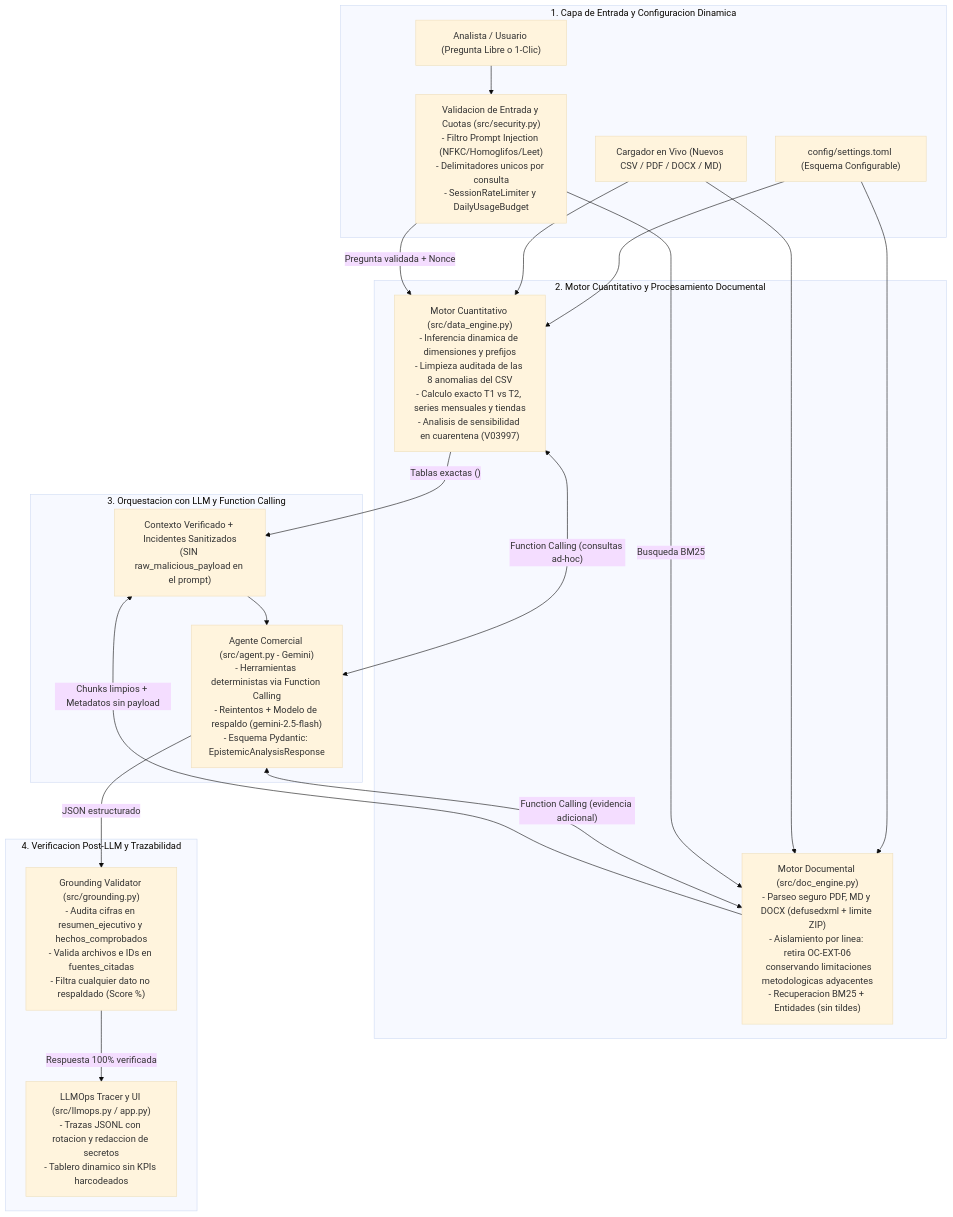
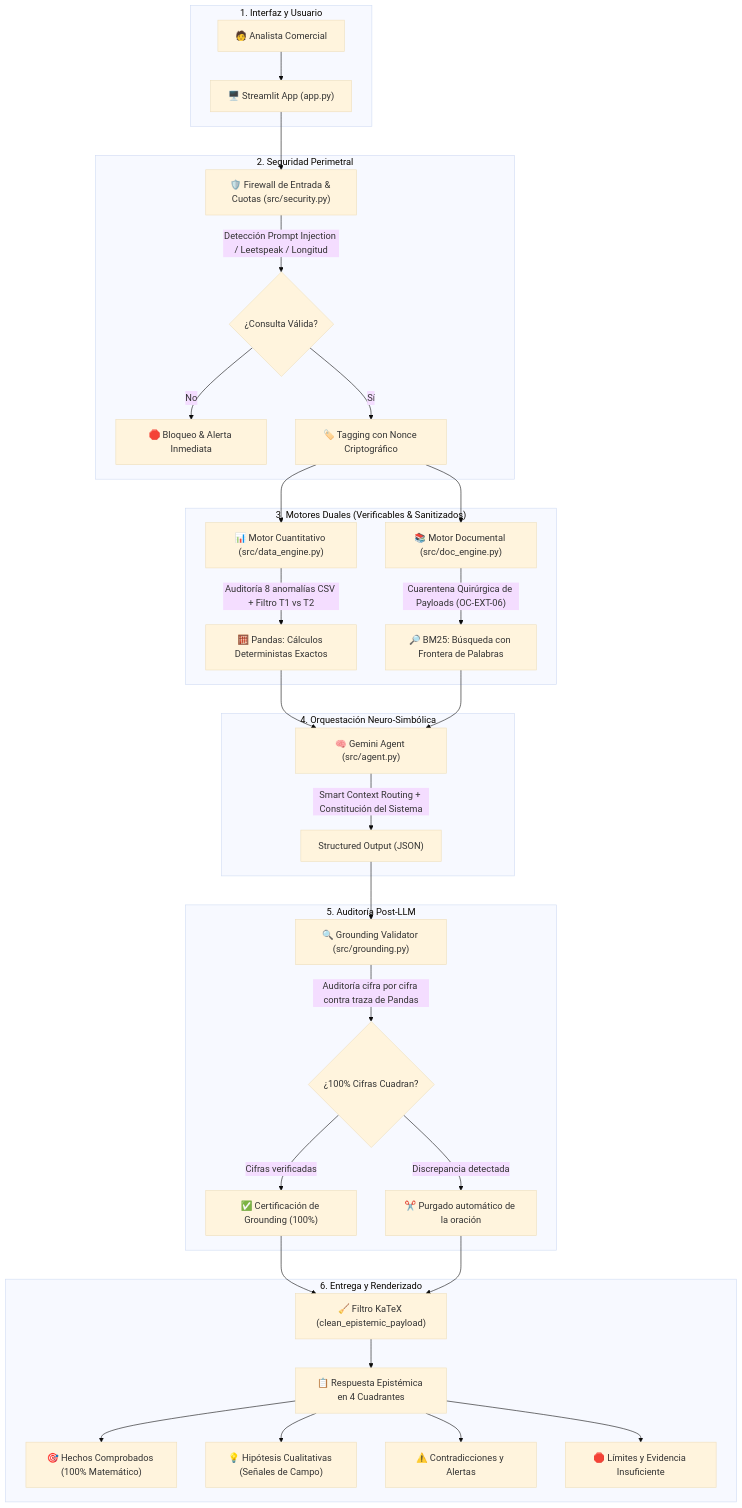
Before and after one commit to jairrodriguezm/almena-brio-ai: the first of 2 diagrams in README.md, drawn with Mermaid (base theme). The commit also changed other lines of this file, not shown here.

Commit message:
fix: update test badge to reflect 24/24 passing tests and enhance reliability section with additional test count

````diff
--- a/README.md
+++ b/README.md
@@ -70,39 +70,44 @@
 ```mermaid
 flowchart TD
-    subgraph IN["1. Capa de Entrada y Configuracion Dinamica"]
-        U["Analista / Usuario (Pregunta Libre o 1-Clic)"]
-        CFG["config/settings.toml (Esquema Configurable)"]
-        UP["Cargador en Vivo (Nuevos CSV / PDF / DOCX / MD)"]
-        SEC_IN["Validacion de Entrada y Cuotas (src/security.py)<br/>- Filtro Prompt Injection (NFKC/Homoglifos/Leet)<br/>- Delimitadores unicos por consulta<br/>- SessionRateLimiter y DailyUsageBudget"]
+    subgraph UI ["1. Interfaz y Usuario"]
+        A["🧑 Analista Comercial"] --> B["🖥️ Streamlit App (app.py)"]
     end
 
-    subgraph ENGINES["2. Motor Cuantitativo y Procesamiento Documental"]
-        DATA["Motor Cuantitativo (src/data_engine.py)<br/>- Inferencia dinamica de dimensiones y prefijos<br/>- Limpieza auditada de las 8 anomalias del CSV<br/>- Calculo exacto T1 vs T2, series mensuales y tiendas<br/>- Analisis de sensibilidad en cuarentena (V03997)"]
-        DOC["Motor Documental (src/doc_engine.py)<br/>- Parseo seguro PDF, MD y DOCX (defusedxml + limite ZIP)<br/>- Aislamiento por linea: retira OC-EXT-06<br/>  conservando limitaciones metodologicas adyacentes<br/>- Recuperacion BM25 + Entidades (sin tildes)"]
+    subgraph SEC ["2. Seguridad Perimetral"]
+        B --> C["🛡️ Firewall de Entrada & Cuotas (src/security.py)"]
+        C -- "Detección Prompt Injection / Leetspeak / Longitud" --> D{"¿Consulta Válida?"}
+        D -- No --> E["🛑 Bloqueo & Alerta Inmediata"]
+        D -- Sí --> F["🏷️ Tagging con Nonce Criptográfico"]
     end
 
-    subgraph AGENT["3. Orquestacion con LLM y Function Calling"]
-        CTX["Contexto Verificado + Incidentes Sanitizados<br/>(SIN raw_malicious_payload en el prompt)"]
-        LLM["Agente Comercial (src/agent.py - Gemini)<br/>- Herramientas deterministas via Function Calling<br/>- Reintentos + Modelo de respaldo (gemini-2.5-flash)<br/>- Esquema Pydantic: EpistemicAnalysisResponse"]
+    subgraph ENGINES ["3. Motores Duales (Verificables & Sanitizados)"]
+        F --> G["📊 Motor Cuantitativo (src/data_engine.py)"]
+        F --> H["📚 Motor Documental (src/doc_engine.py)"]
+        
+        G -- "Auditoría 8 anomalías CSV + Filtro T1 vs T2" --> G1["🧮 Pandas: Cálculos Deterministas Exactos"]
+        H -- "Cuarentena Quirúrgica de Payloads (OC-EXT-06)" --> H1["🔎 BM25: Búsqueda con Frontera de Palabras"]
     end
 
-    subgraph VERIFY["4. Verificacion Post-LLM y Trazabilidad"]
-        GRD["Grounding Validator (src/grounding.py)<br/>- Audita cifras en resumen_ejecutivo y hechos_comprobados<br/>- Valida archivos e IDs en fuentes_citadas<br/>- Filtra cualquier dato no respaldado (Score %)"]
-        OPS["LLMOps Tracer y UI (src/llmops.py / app.py)<br/>- Trazas JSONL con rotacion y redaccion de secretos<br/>- Tablero dinamico sin KPIs harcodeados"]
+    subgraph LLM ["4. Orquestación Neuro-Simbólica"]
+        G1 --> I["🧠 Gemini Agent (src/agent.py)"]
+        H1 --> I
+        I -- "Smart Context Routing + Constitución del Sistema" --> J["Structured Output (JSON)"]
     end
 
-    U --> SEC_IN
-    CFG --> DATA
-    CFG --> DOC
-    UP --> DATA
-    UP --> DOC
-    SEC_IN -->|"Pregunta validada + Nonce"| DATA
-    SEC_IN -->|"Busqueda BM25"| DOC
-    DATA -->|"Tablas exactas (<verified_sql_engine>)"| CTX
-    DOC -->|"Chunks limpios + Metadatos sin payload"| CTX
-    CTX --> LLM
-    LLM <-->|"Function Calling (consultas ad-hoc)"| DATA
-    LLM <-->|"Function Calling (evidencia adicional)"| DOC
-    LLM -->|"JSON estructurado"| GRD
-    GRD -->|"Respuesta 100% verificada"| OPS
+    subgraph VERIFIER ["5. Auditoría Post-LLM"]
+        J --> K["🔍 Grounding Validator (src/grounding.py)"]
+        K -- "Auditoría cifra por cifra contra traza de Pandas" --> L{"¿100% Cifras Cuadran?"}
+        L -- "Discrepancia detectada" --> M["✂️ Purgado automático de la oración"]
+        L -- "Cifras verificadas" --> N["✅ Certificación de Grounding (100%)"]
+    end
+
+    subgraph OUTPUT ["6. Entrega y Renderizado"]
+        N --> O["🧹 Filtro KaTeX (clean_epistemic_payload)"]
+        M --> O
+        O --> P["📋 Respuesta Epistémica en 4 Cuadrantes"]
+        P --> P1["🎯 Hechos Comprobados (100% Matemático)"]
+        P --> P2["💡 Hipótesis Cualitativas (Señales de Campo)"]
+        P --> P3["⚠️ Contradicciones y Alertas"]
+        P --> P4["🛑 Límites y Evidencia Insuficiente"]
+    end
 ```
````
